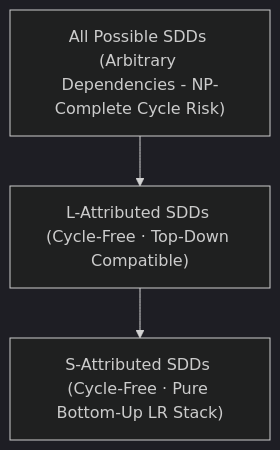
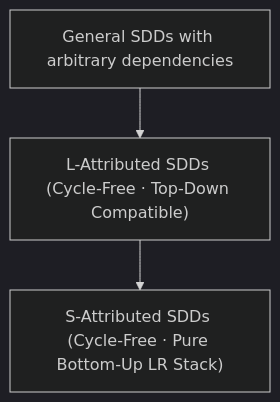
The second of 2 diagrams in cse309/02 - Notes/Concepts/S-Attributed and L-Attributed SDDs.md (crispychip146/Obsidian-Study-Vault), drawn with Mermaid (dark theme) before and after one commit. The commit also changed other lines of this file and 184 other files, not shown here.

````diff
--- a/cse309/02 - Notes/Concepts/S-Attributed and L-Attributed SDDs.md
+++ b/cse309/02 - Notes/Concepts/S-Attributed and L-Attributed SDDs.md
@@ -183,9 +104,9 @@
 ```mermaid
 flowchart TD
-    All["All Possible SDDs (Arbitrary Dependencies - NP-Complete Cycle Risk)"]
+    All["General SDDs with arbitrary dependencies"]
     L["L-Attributed SDDs (Cycle-Free · Top-Down Compatible)"]
     S["S-Attributed SDDs (Cycle-Free · Pure Bottom-Up LR Stack)"]
     
     All --> L
     L --> S
 ```
````
